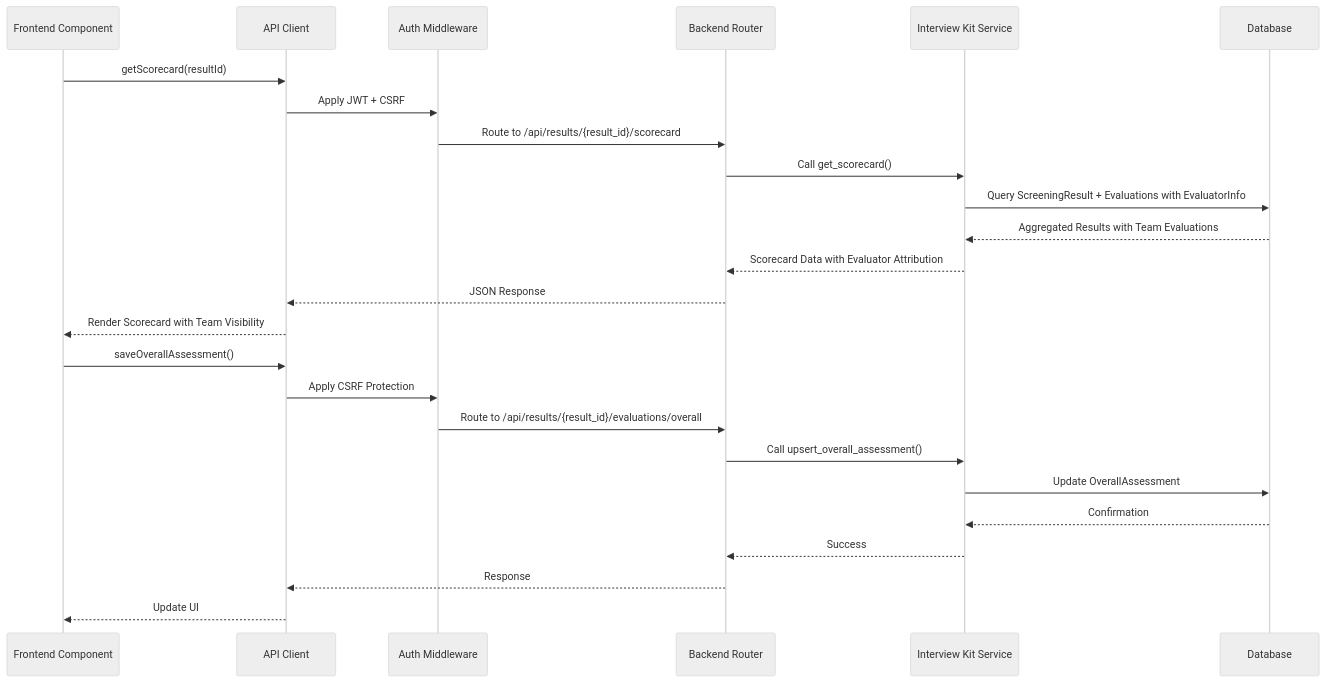
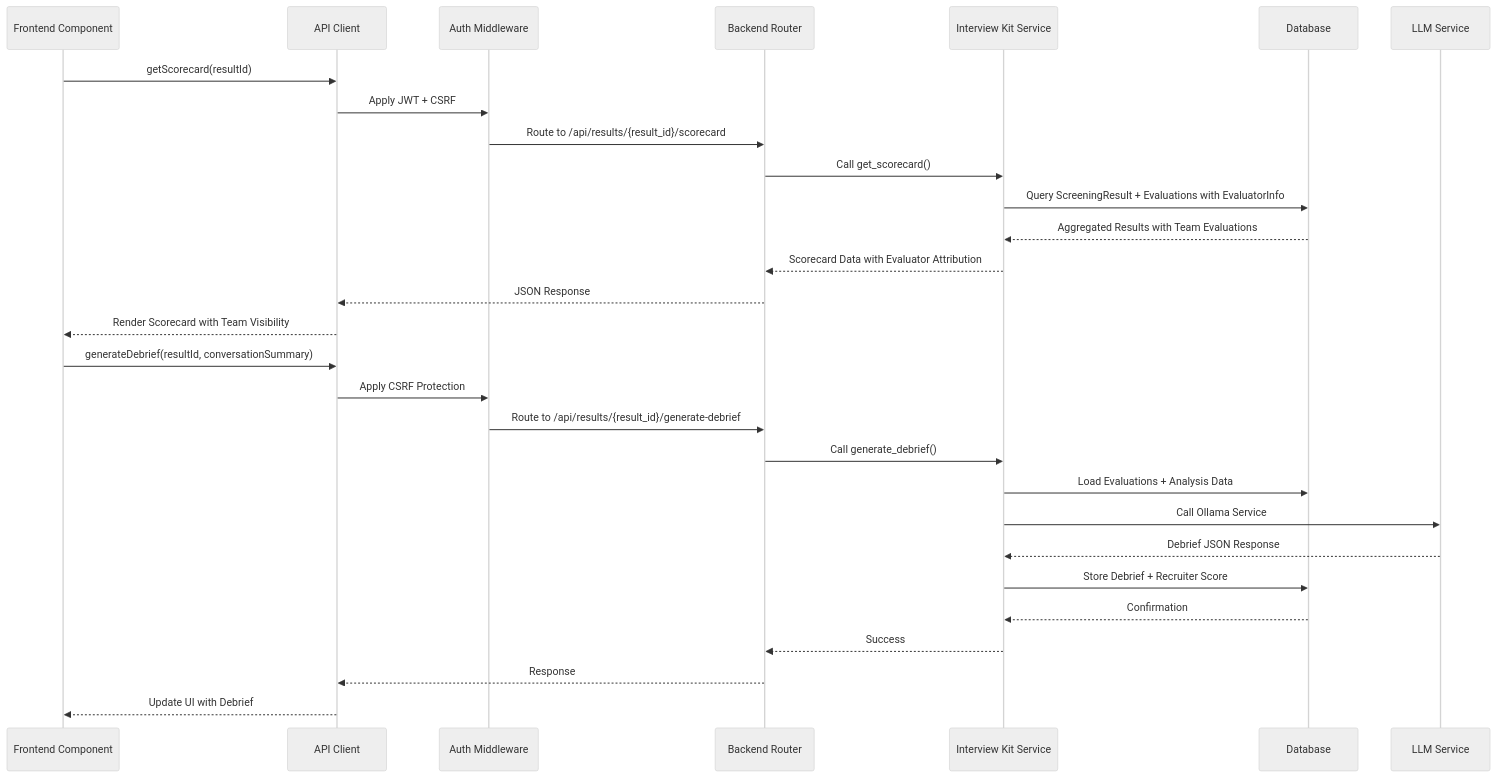
One commit to Revanththetalogics/aireume changed the sixth of 10 diagrams in .qoder/repowiki/en/content/Frontend Architecture/Component Library/Interview Scorecard Component.md. Above: the diagram before and after it, drawn with Mermaid (neutral theme). The commit also changed other lines of this file and 6 other files, not shown here.

````diff
--- a/.qoder/repowiki/en/content/Frontend Architecture/Component Library/Interview Scorecard Component.md
+++ b/.qoder/repowiki/en/content/Frontend Architecture/Component Library/Interview Scorecard Component.md
@@ -332,27 +384,31 @@
 ```mermaid
 sequenceDiagram
 participant FC as Frontend Component
 participant API as API Client
 participant AUTH as Auth Middleware
 participant ROUTER as Backend Router
 participant SVC as Interview Kit Service
 participant DB as Database
+participant LLM as LLM Service
 FC->>API : getScorecard(resultId)
 API->>AUTH : Apply JWT + CSRF
 AUTH->>ROUTER : Route to /api/results/{result_id}/scorecard
 ROUTER->>SVC : Call get_scorecard()
 SVC->>DB : Query ScreeningResult + Evaluations with EvaluatorInfo
 DB-->>SVC : Aggregated Results with Team Evaluations
 SVC-->>ROUTER : Scorecard Data with Evaluator Attribution
 ROUTER-->>API : JSON Response
 API-->>FC : Render Scorecard with Team Visibility
-FC->>API : saveOverallAssessment()
+FC->>API : generateDebrief(resultId, conversationSummary)
 API->>AUTH : Apply CSRF Protection
-AUTH->>ROUTER : Route to /api/results/{result_id}/evaluations/overall
-ROUTER->>SVC : Call upsert_overall_assessment()
-SVC->>DB : Update OverallAssessment
+AUTH->>ROUTER : Route to /api/results/{result_id}/generate-debrief
+ROUTER->>SVC : Call generate_debrief()
+SVC->>DB : Load Evaluations + Analysis Data
+SVC->>LLM : Call Ollama Service
+LLM-->>SVC : Debrief JSON Response
+SVC->>DB : Store Debrief + Recruiter Score
 DB-->>SVC : Confirmation
 SVC-->>ROUTER : Success
 ROUTER-->>API : Response
-API-->>FC : Update UI
+API-->>FC : Update UI with Debrief
 ```
````
